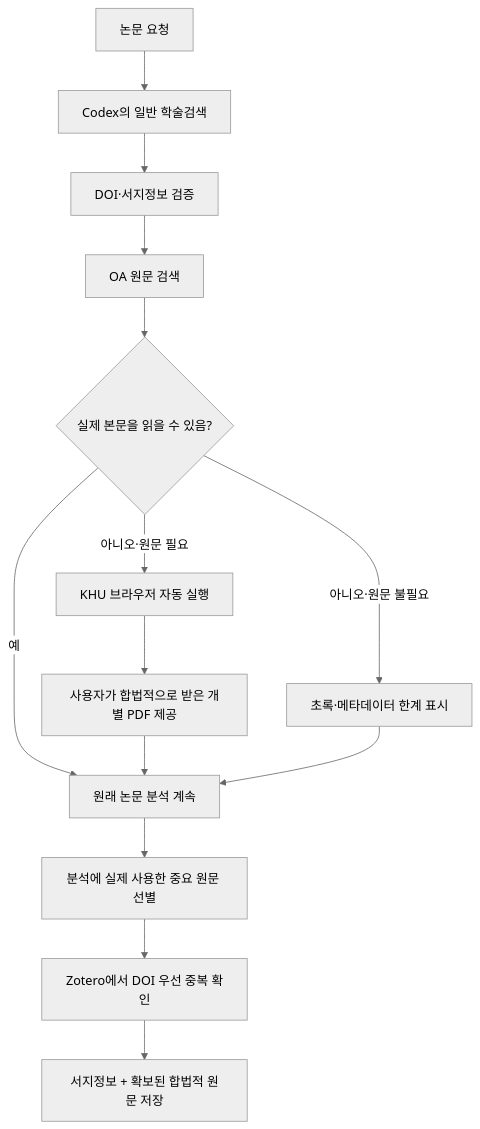
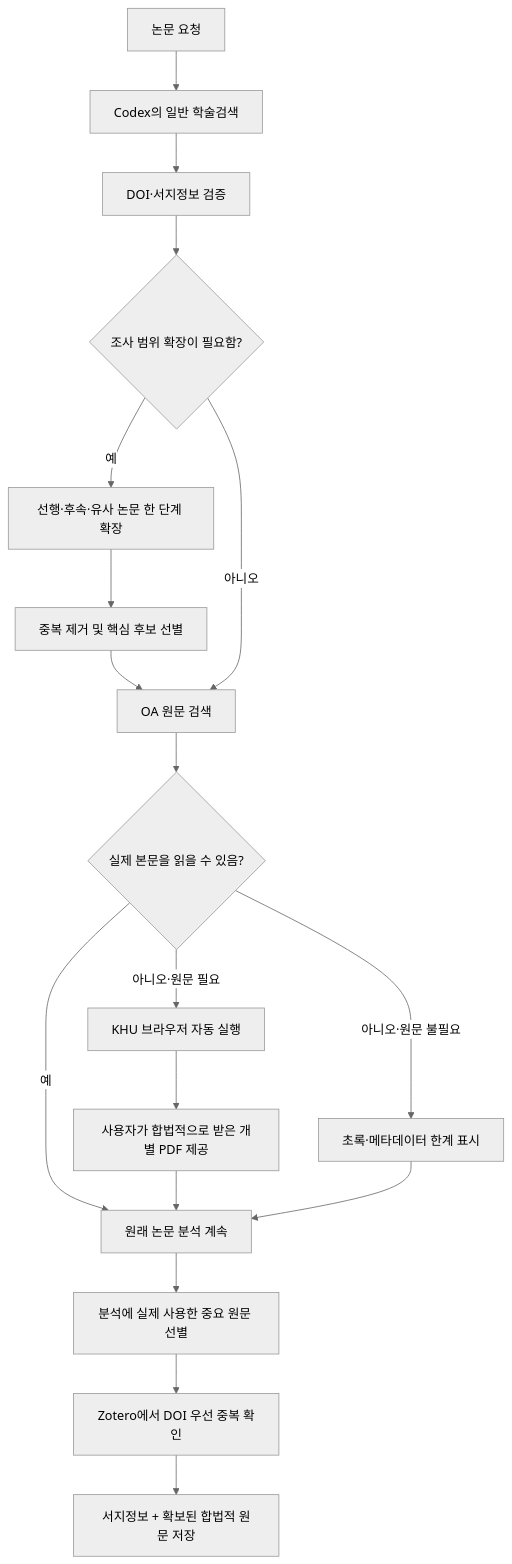
Before and after one commit to gimmiso/unipaper-bridge: the diagram in README.md, drawn with Mermaid (neutral theme). The commit also changed other lines of this file and 19 other files, not shown here.

````diff
--- a/README.md
+++ b/README.md
@@ -40,16 +47,20 @@
 ```mermaid
 flowchart TD
     A["논문 요청"] --> B["Codex의 일반 학술검색"]
     B --> C["DOI·서지정보 검증"]
-    C --> D["OA 원문 검색"]
+    C --> M{"조사 범위 확장이 필요함?"}
+    M -->|예| N["선행·후속·유사 논문 한 단계 확장"]
+    N --> O["중복 제거 및 핵심 후보 선별"]
+    O --> D["OA 원문 검색"]
+    M -->|아니오| D
     D --> E{"실제 본문을 읽을 수 있음?"}
     E -->|예| H["원래 논문 분석 계속"]
     E -->|아니오·원문 불필요| F["초록·메타데이터 한계 표시"]
     E -->|아니오·원문 필요| G["KHU 브라우저 자동 실행"]
     G --> I["사용자가 합법적으로 받은 개별 PDF 제공"]
     I --> H
     F --> H
     H --> J["분석에 실제 사용한 중요 원문 선별"]
     J --> K["Zotero에서 DOI 우선 중복 확인"]
     K --> L["서지정보 + 확보된 합법적 원문 저장"]
 ```
````
